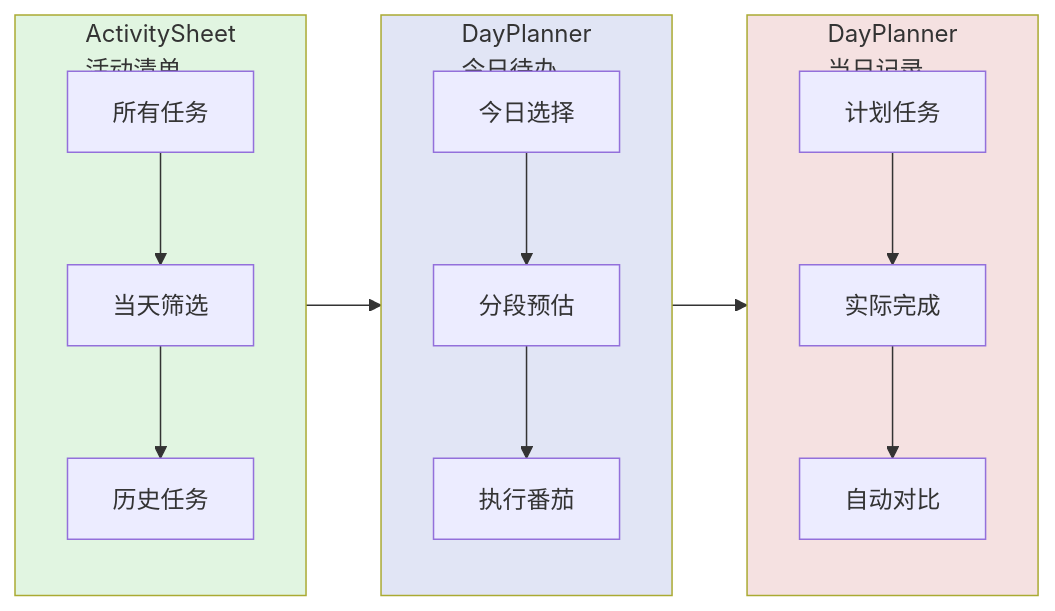
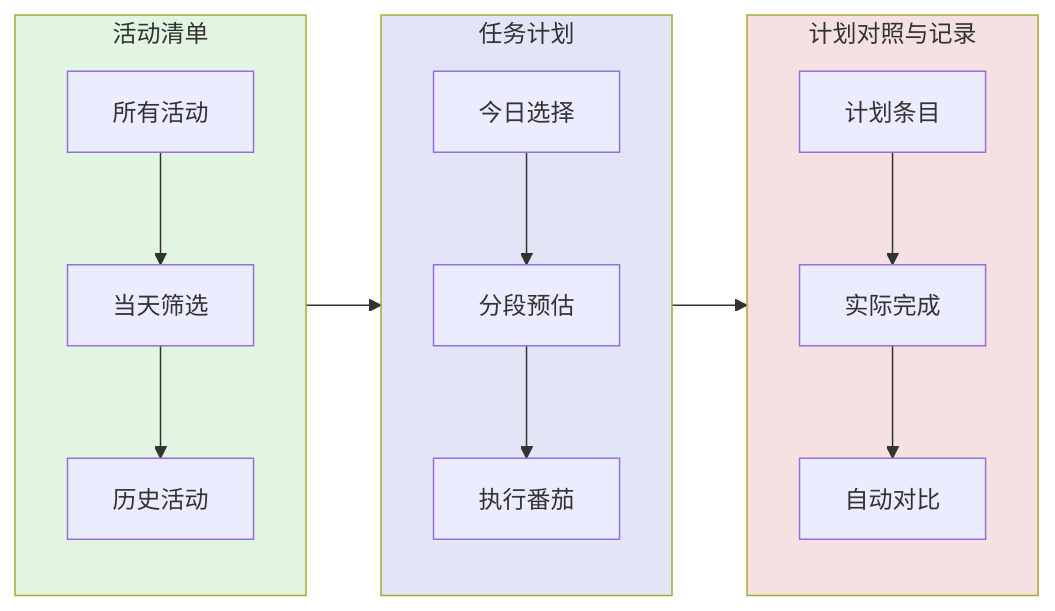
The diagram in docs/guide/pomodoro-technique/06-three-lists.md (Xeonilian/pomotention), drawn with Mermaid before and after one commit. The commit also changed other lines of this file and 17 other files, not shown here.

````diff
--- a/docs/guide/pomodoro-technique/06-three-lists.md
+++ b/docs/guide/pomodoro-technique/06-three-lists.md
@@ -28,23 +30,23 @@
 ```mermaid
 flowchart LR
-    subgraph 活动清单[ActivitySheet<br/>活动清单]
-        A[所有任务] --> B[当天筛选]
-        B --> C[历史任务]
+    subgraph 活动清单区[活动清单]
+        A[所有活动] --> B[当天筛选]
+        B --> C[历史活动]
     end
     
-    subgraph 今日待办[DayPlanner<br/>今日待办]
+    subgraph 任务计划区[任务计划]
         D[今日选择] --> E[分段预估]
         E --> F[执行番茄]
     end
     
-    subgraph 当日记录[DayPlanner<br/>当日记录]
-        G[计划任务] --> H[实际完成]
+    subgraph 记录与对照[计划对照与记录]
+        G[计划条目] --> H[实际完成]
         H --> I[自动对比]
     end
     
-    活动清单 --> 今日待办 --> 当日记录
+    活动清单区 --> 任务计划区 --> 记录与对照
     
-    style 活动清单 fill:#e1f5e1
-    style 今日待办 fill:#e1e5f5
-    style 当日记录 fill:#f5e1e1
+    style 活动清单区 fill:#e1f5e1
+    style 任务计划区 fill:#e1e5f5
+    style 记录与对照 fill:#f5e1e1
 ```
````
